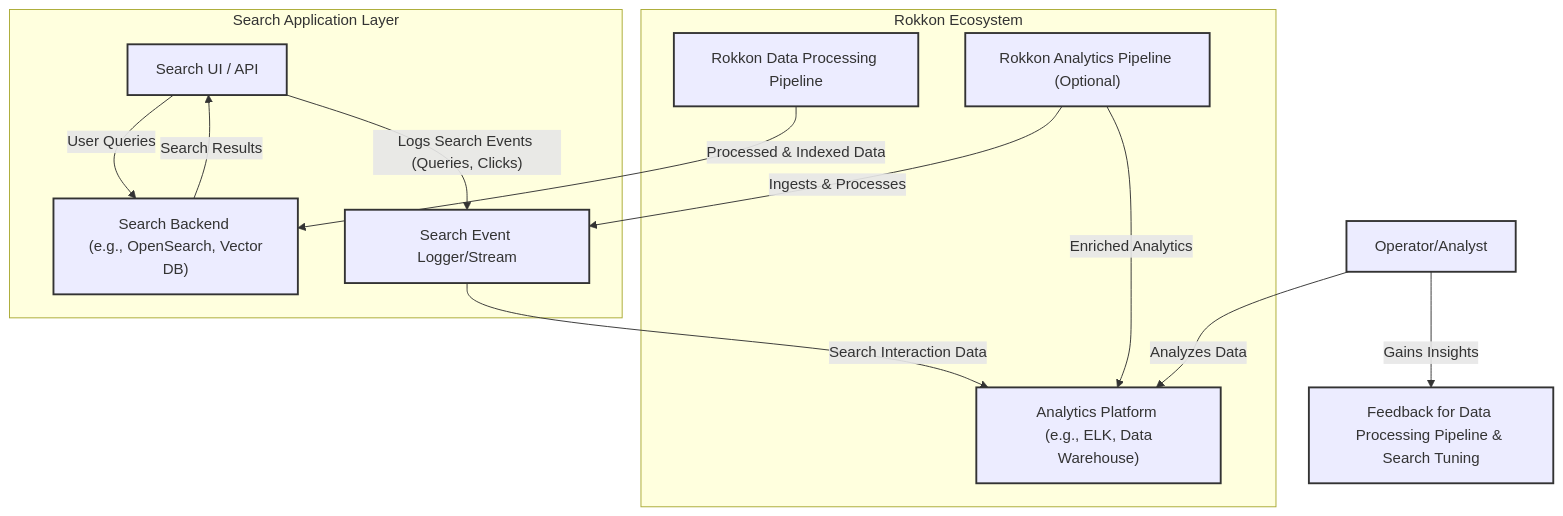
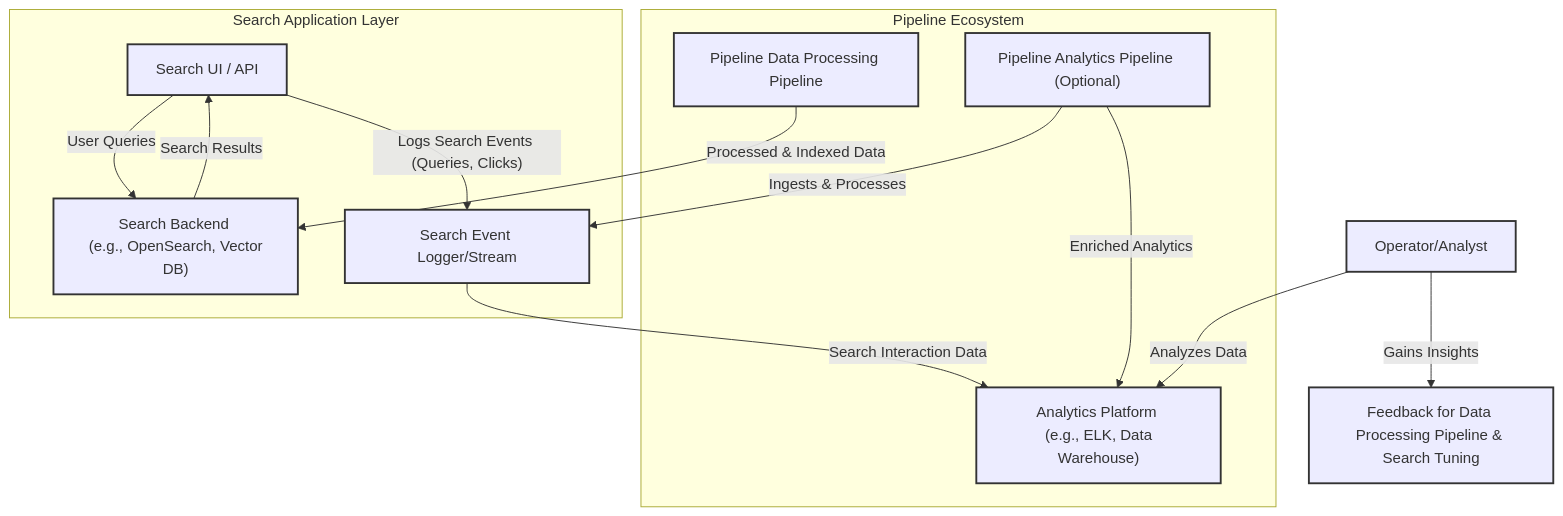
Before and after one commit to krickert/rokkon: the first of 2 diagrams in ARCHITECTURE/Future_search_capabilities.md, drawn with Mermaid. The commit also changed other lines of this file and 75 other files, not shown here.

````diff
--- a/ARCHITECTURE/Future_search_capabilities.md
+++ b/ARCHITECTURE/Future_search_capabilities.md
@@ -24,38 +24,38 @@
 ```mermaid
 graph TD
     subgraph "Search Application Layer"
         SearchUI["Search UI / API"]
         SearchBackend["Search Backend <br> (e.g., OpenSearch, Vector DB)"]
         SearchEventLogger["Search Event Logger/Stream"]
 
         SearchUI -- "User Queries" --> SearchBackend
         SearchBackend -- "Search Results" --> SearchUI
         SearchUI -- "Logs Search Events (Queries, Clicks)" --> SearchEventLogger
     end
 
     AnalyticsPlatform["Analytics Platform <br> (e.g., ELK, Data Warehouse)"]
     SearchEventLogger -- "Search Interaction Data" --> AnalyticsPlatform
 
-    subgraph "Rokkon Ecosystem"
-        DataProcessingPipeline["Rokkon Data Processing Pipeline"]
-        AnalyticsPipeline["Rokkon Analytics Pipeline (Optional)"]
+    subgraph "Pipeline Ecosystem"
+        DataProcessingPipeline["Pipeline Data Processing Pipeline"]
+        AnalyticsPipeline["Pipeline Analytics Pipeline (Optional)"]
 
         DataProcessingPipeline -- "Processed & Indexed Data" --> SearchBackend
         AnalyticsPipeline -- "Ingests & Processes" --> SearchEventLogger
         AnalyticsPipeline -- "Enriched Analytics" --> AnalyticsPlatform
     end
 
     Operator["Operator/Analyst"]
     FeedbackLoop["Feedback for Data Processing Pipeline & Search Tuning"]
 
     Operator -- "Analyzes Data" --> AnalyticsPlatform
     Operator -- "Gains Insights" --> FeedbackLoop
 
     classDef searchApp fill:#lightblue,stroke:#333,stroke-width:2px;
     classDef analytics fill:#lightgreen,stroke:#333,stroke-width:2px;
-    classDef rokkon fill:#lightcoral,stroke:#333,stroke-width:2px;
+    classDef pipeline fill:#lightcoral,stroke:#333,stroke-width:2px;
 
     class SearchUI,SearchBackend,SearchEventLogger searchApp;
     class AnalyticsPlatform,Operator,FeedbackLoop analytics;
-    class DataProcessingPipeline,AnalyticsPipeline rokkon;
+    class DataProcessingPipeline,AnalyticsPipeline pipeline;
 ```
````
